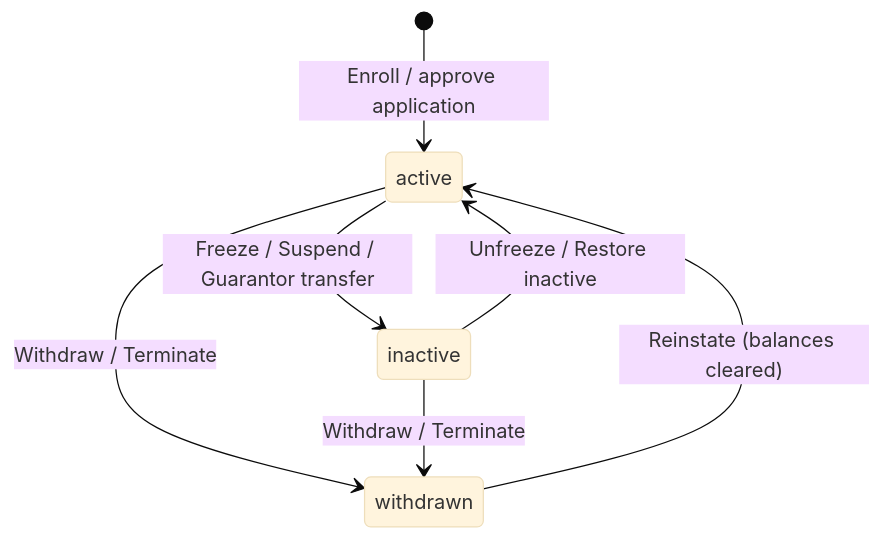
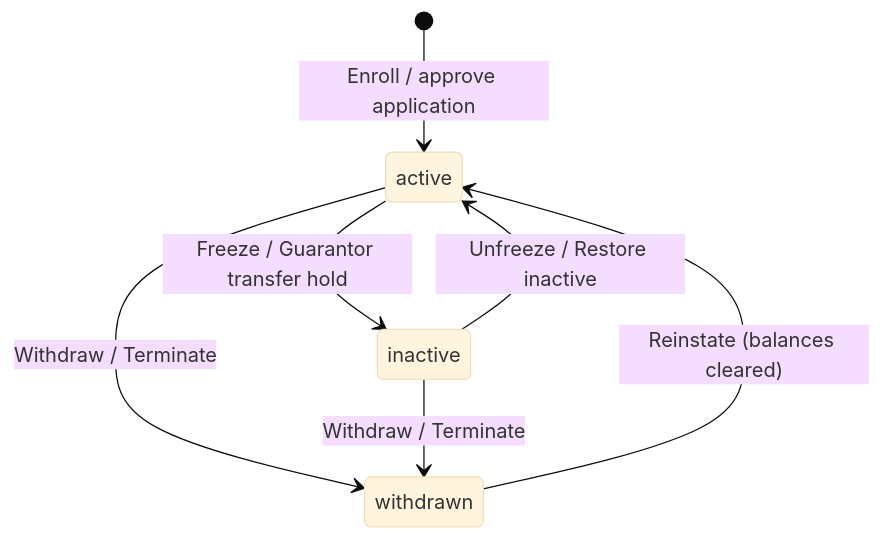
The diagram in docs/member-status-spec.md (omers63/fundflow-saas), drawn with Mermaid (base theme) before and after one commit. The commit also changed other lines of this file and 98 other files, not shown here.

````diff
--- a/docs/member-status-spec.md
+++ b/docs/member-status-spec.md
@@ -75,12 +160,12 @@
 ```mermaid
 stateDiagram-v2
     [*] --> active: Enroll / approve application
 
-    active --> inactive: Freeze / Suspend / Guarantor transfer
+    active --> inactive: Freeze / Guarantor transfer hold
     inactive --> active: Unfreeze / Restore inactive
 
     active --> withdrawn: Withdraw / Terminate
     inactive --> withdrawn: Withdraw / Terminate
 
     withdrawn --> active: Reinstate (balances cleared)
 ```
````
